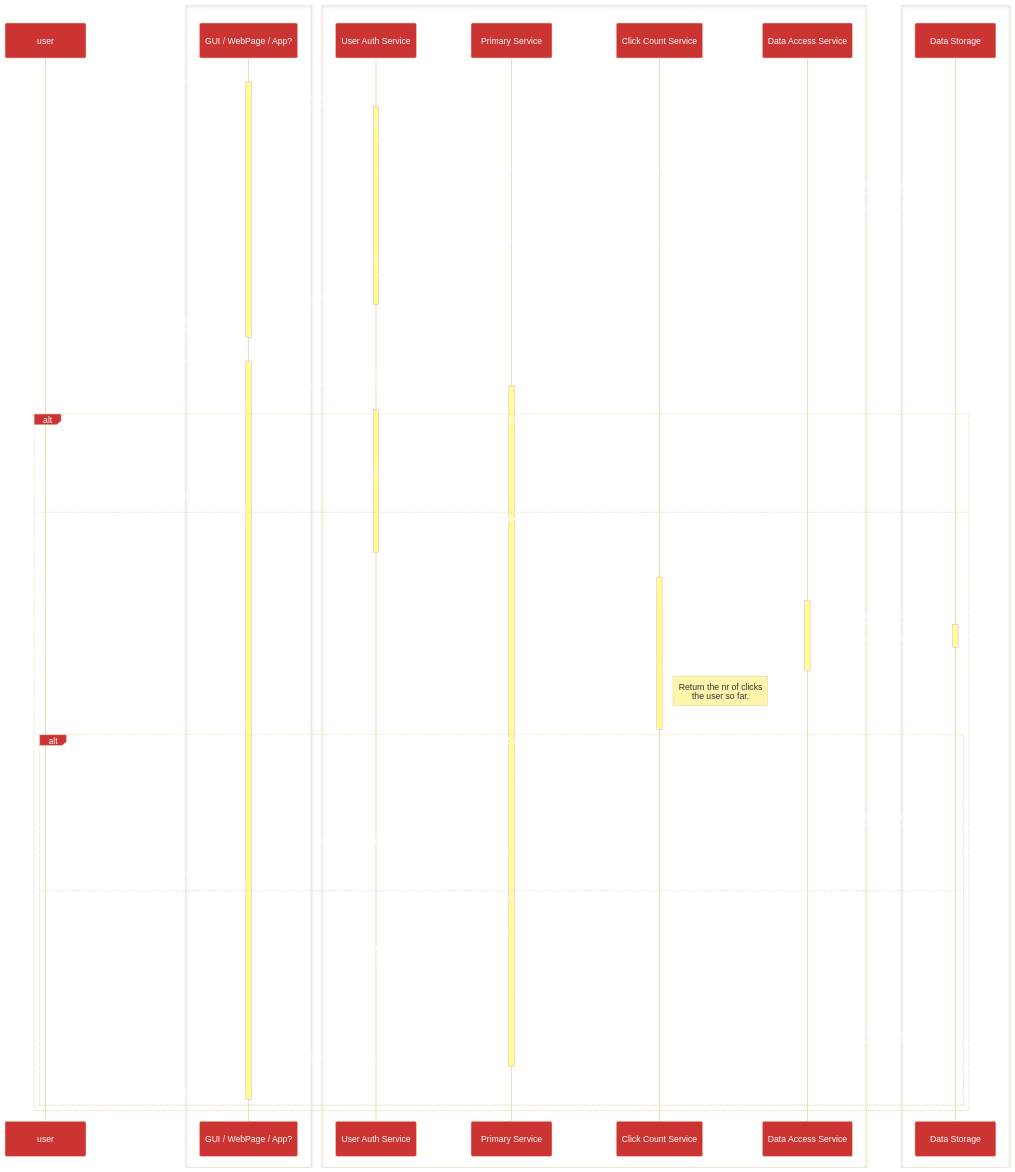
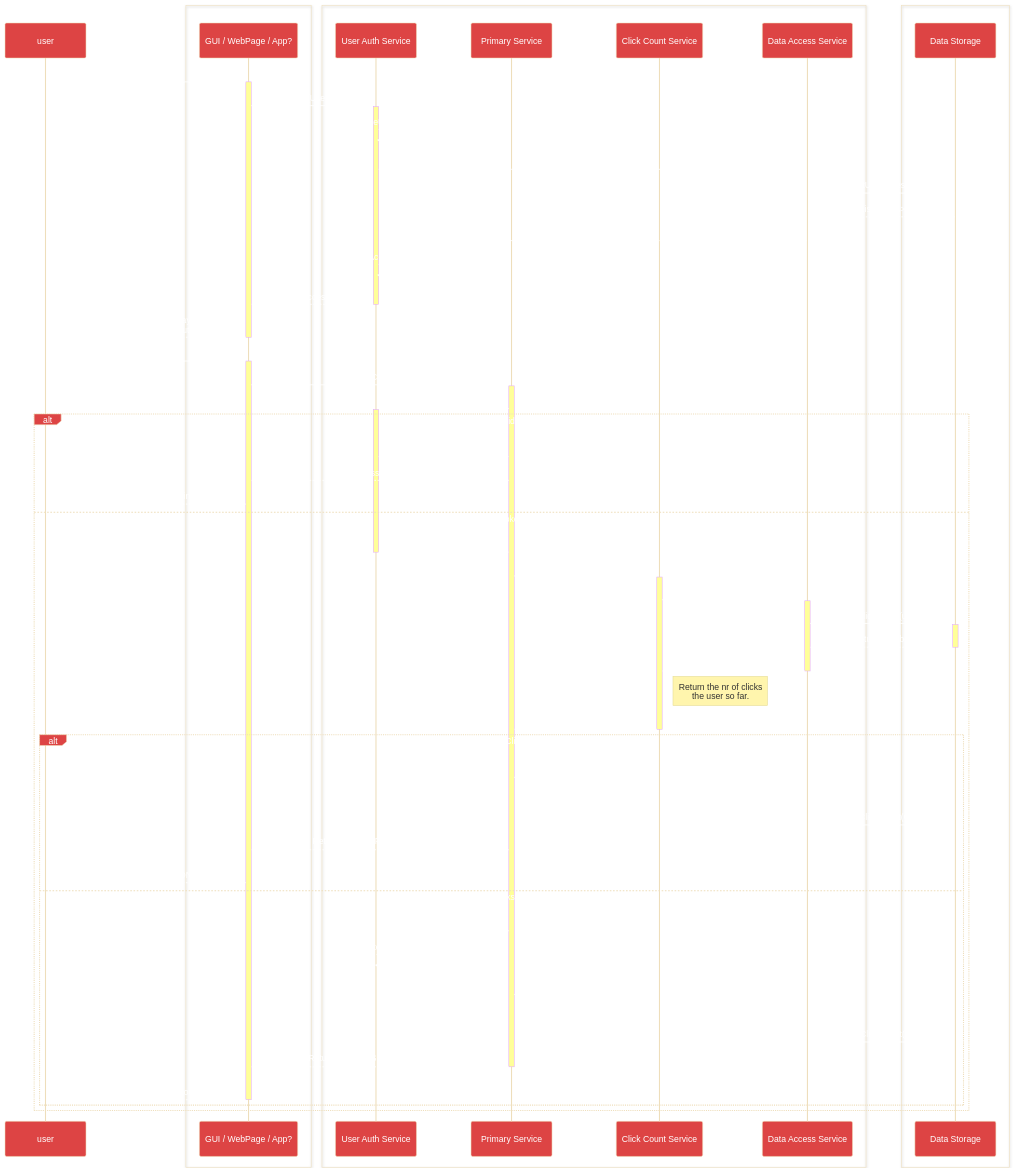
The diagram in diagrams/07-sequence.md (Kjartanl/mermaid), drawn with Mermaid before and after one commit.

Commit message:
Cleaned up seq.

```diff
--- a/diagrams/07-sequence.md
+++ b/diagrams/07-sequence.md
@@ -10,8 +10,8 @@
     'theme': 'base',
     'themeVariables': {
       'primaryTextColor': '#ffffff',
-      'actorBkg': '#cc3333',
-      'activationBkgColor': '#ffff88'
+      'actorBkg': '#dd4444',
+      'activationBkgColor': '#ffff99'
     }
   }
 }%%
```
